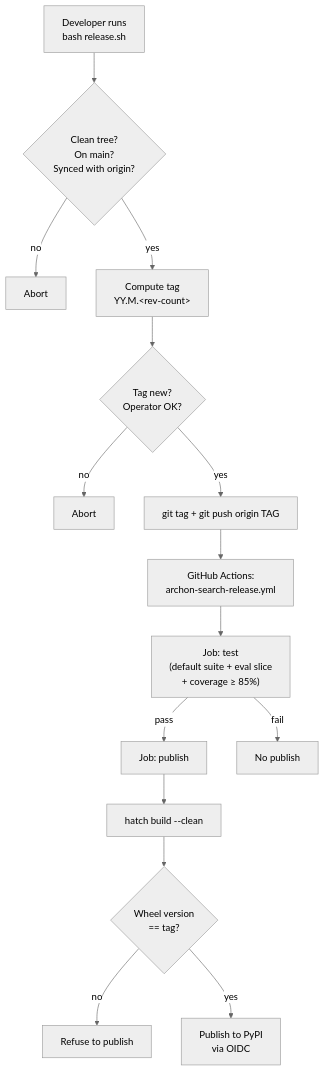
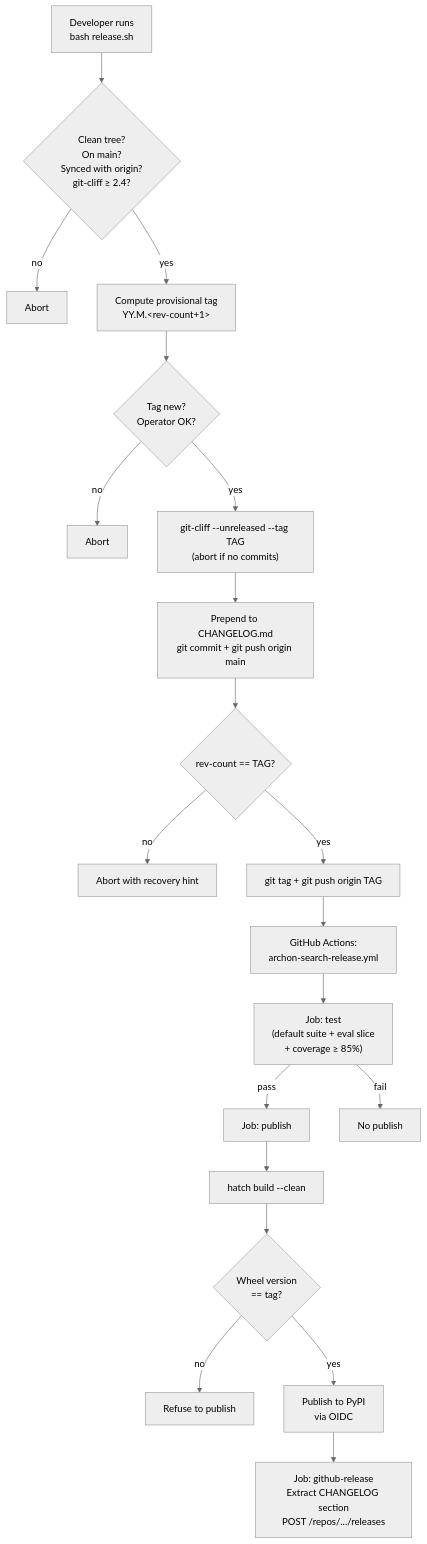
Before and after one commit to user538295/archon-search: the diagram in Documentation/Architecture/510_release_and_environment_strategy.md, drawn with Mermaid (neutral theme). The commit also changed other lines of this file and 4 other files, not shown here.

````diff
--- a/Documentation/Architecture/510_release_and_environment_strategy.md
+++ b/Documentation/Architecture/510_release_and_environment_strategy.md
@@ -86,17 +93,22 @@
 ```mermaid
 flowchart TD
-    Dev["Developer runs<br/>bash release.sh"] --> Preflight{Clean tree?<br/>On main?<br/>Synced with origin?}
+    Dev["Developer runs<br/>bash release.sh"] --> Preflight{"Clean tree?<br/>On main?<br/>Synced with origin?<br/>git-cliff ≥ 2.4?"}
     Preflight -- no --> Fail1[Abort]
-    Preflight -- yes --> Compute[Compute tag<br/>YY.M.&lt;rev-count&gt;]
+    Preflight -- yes --> Compute["Compute provisional tag<br/>YY.M.&lt;rev-count+1&gt;"]
     Compute --> Confirm{Tag new?<br/>Operator OK?}
     Confirm -- no --> Fail2[Abort]
-    Confirm -- yes --> Push[git tag + git push origin TAG]
-    Push --> GHA["GitHub Actions:<br/>archon-search-release.yml"]
+    Confirm -- yes --> Cliff["git-cliff --unreleased --tag TAG<br/>(abort if no commits)"]
+    Cliff --> Prepend["Prepend to CHANGELOG.md<br/>git commit + git push origin main"]
+    Prepend --> CountCheck{"rev-count == TAG?"}
+    CountCheck -- no --> Fail3[Abort with recovery hint]
+    CountCheck -- yes --> TagPush[git tag + git push origin TAG]
+    TagPush --> GHA["GitHub Actions:<br/>archon-search-release.yml"]
     GHA --> TestJob["Job: test<br/>(default suite + eval slice<br/>+ coverage ≥ 85%)"]
     TestJob -- pass --> PublishJob["Job: publish"]
     TestJob -- fail --> Stop[No publish]
     PublishJob --> Build["hatch build --clean"]
     Build --> Verify{"Wheel version<br/>== tag?"}
     Verify -- no --> Refuse[Refuse to publish]
     Verify -- yes --> PyPI["Publish to PyPI<br/>via OIDC"]
+    PyPI --> GHRelease["Job: github-release<br/>Extract CHANGELOG section<br/>POST /repos/.../releases"]
 ```
````
